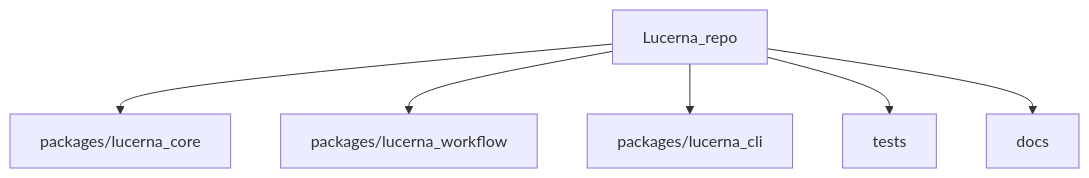
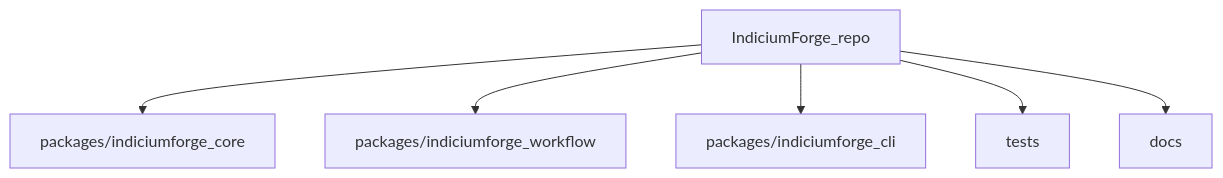
One commit to Cavaradossi/indiciumforge changed the third of 3 diagrams in README.md. Above: the diagram before and after it, drawn with Mermaid. The commit also changed other lines of this file and 321 other files, not shown here.

First line of the commit message:
feat: rebrand Lucerna to IndiciumForge (v2.0.0)

````diff
--- a/README.md
+++ b/README.md
@@ -87,9 +87,9 @@
 ```mermaid
 flowchart TB
-  Root[Lucerna_repo]
-  Root --> CorePkg[packages/lucerna_core]
-  Root --> WfPkg[packages/lucerna_workflow]
-  Root --> CliPkg[packages/lucerna_cli]
+  Root[IndiciumForge_repo]
+  Root --> CorePkg[packages/indiciumforge_core]
+  Root --> WfPkg[packages/indiciumforge_workflow]
+  Root --> CliPkg[packages/indiciumforge_cli]
   Root --> Tests[tests]
   Root --> Docs[docs]
 ```
````
